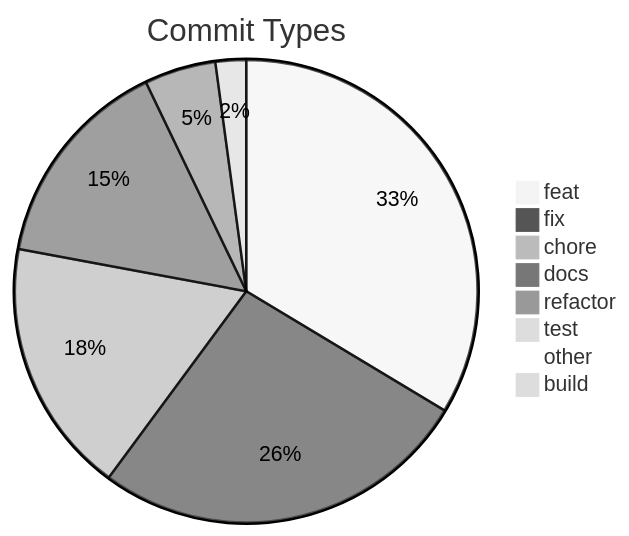
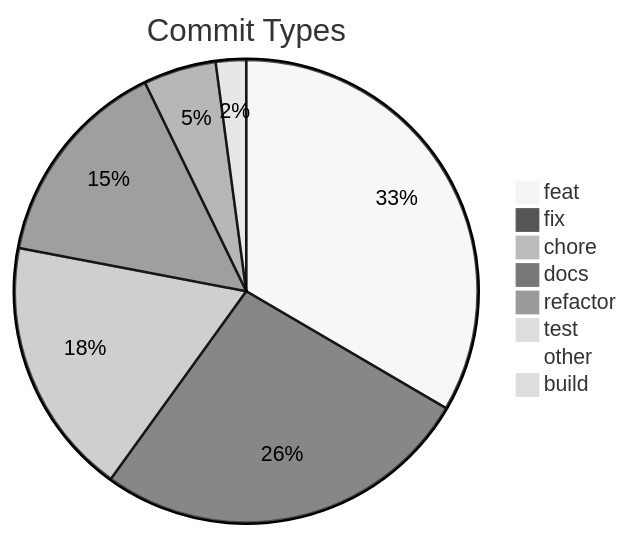
The diagram in .shipwright/compliance/change-history.md (svenroth-ai/shipwright), drawn with Mermaid (neutral theme) before and after one commit. The commit also changed other lines of this file and 13 other files, not shown here.

````diff
--- a/.shipwright/compliance/change-history.md
+++ b/.shipwright/compliance/change-history.md
@@ -8,11 +8,11 @@
 ```mermaid
 pie title Commit Types
-    "feat" : 236
-    "fix" : 186
-    "chore" : 125
+    "feat" : 237
+    "fix" : 188
+    "chore" : 128
     "docs" : 105
-    "refactor" : 35
+    "refactor" : 36
     "test" : 15
     "other" : 7
     "build" : 1
 ```
````
